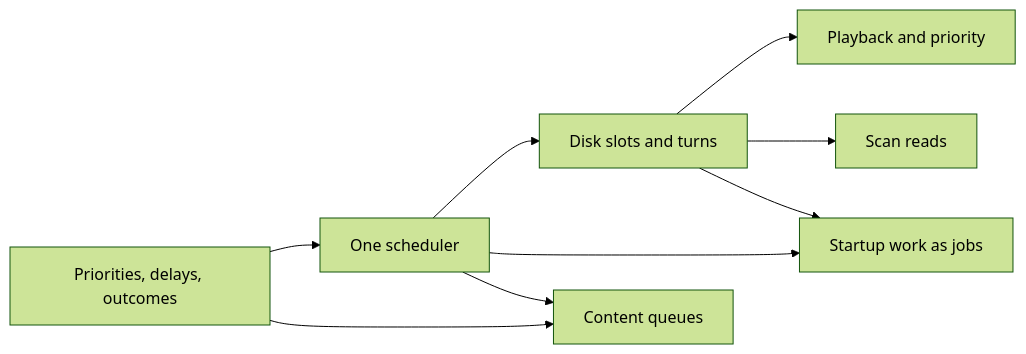
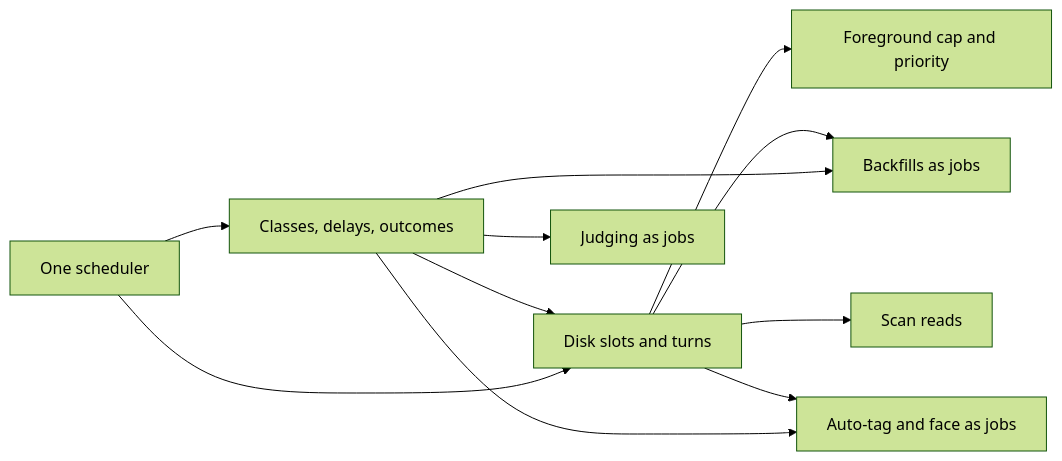
Before and after one commit to syudead/vv: the second of 2 diagrams in specs/068-media-scheduler/plan.md, drawn with Mermaid (forest theme). The commit also changed other lines of this file and 3 other files, not shown here.

First line of the commit message:
docs(068): rebuild the scheduler plan on one job table

````diff
--- a/specs/068-media-scheduler/plan.md
+++ b/specs/068-media-scheduler/plan.md
@@ -105,11 +122,13 @@
 ```mermaid
 flowchart LR
-  u1[Priorities, delays, outcomes] --> u2[One scheduler]
-  u2 --> u3[Disk slots and turns]
-  u3 --> u4[Playback and priority]
+  u1[One scheduler] --> u2[Classes, delays, outcomes]
+  u1 --> u3[Disk slots and turns]
+  u2 --> u3
+  u3 --> u4[Foreground cap and priority]
   u3 --> u5[Scan reads]
-  u2 --> u6[Startup work as jobs]
+  u2 --> u6[Backfills as jobs]
   u3 --> u6
-  u1 --> u7[Content queues]
-  u2 --> u7
+  u2 --> u7[Auto-tag and face as jobs]
+  u3 --> u7
+  u2 --> u8[Judging as jobs]
 ```
````
